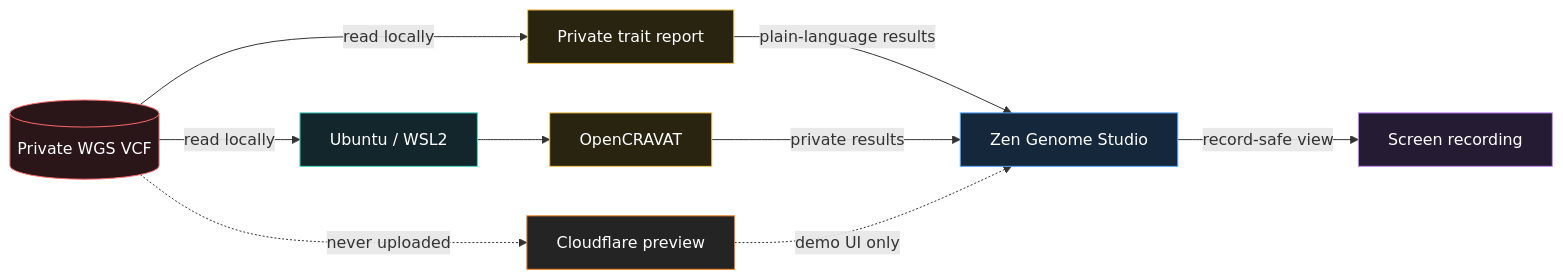
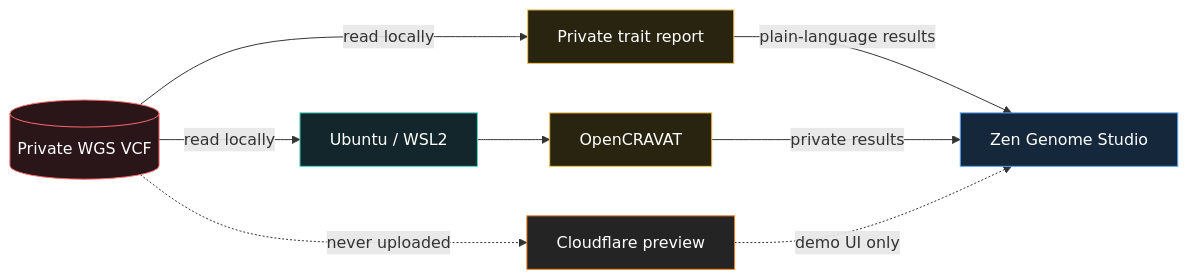
The diagram in README.md (prestonzen/zen-genome-studio), drawn with Mermaid before and after one commit. The commit also changed other lines of this file and 23 other files, not shown here.

````diff
--- a/README.md
+++ b/README.md
@@ -44,26 +44,23 @@
 ```mermaid
 flowchart LR
     VCF[(Private WGS VCF)]:::private
     WSL[Ubuntu / WSL2]:::local
     TRAITS[Private trait report]:::engine
     OC[OpenCRAVAT]:::engine
     STUDIO[Zen Genome Studio]:::studio
-    VIDEO[Screen recording]:::output
     CF[Cloudflare preview]:::cloud
 
     VCF -->|read locally| WSL
     VCF -->|read locally| TRAITS
     TRAITS -->|plain-language results| STUDIO
     WSL --> OC
     OC -->|private results| STUDIO
-    STUDIO -->|record-safe view| VIDEO
     CF -. demo UI only .-> STUDIO
     VCF -. never uploaded .-> CF
 
     classDef private fill:#2a1519,stroke:#ff6b6b,color:#fff
     classDef local fill:#13262b,stroke:#45d6c4,color:#fff
     classDef engine fill:#29240f,stroke:#f5c451,color:#fff
     classDef studio fill:#15273a,stroke:#57a8ff,color:#fff
-    classDef output fill:#251c34,stroke:#c58cff,color:#fff
     classDef cloud fill:#242424,stroke:#f38020,color:#fff
 ```
````
